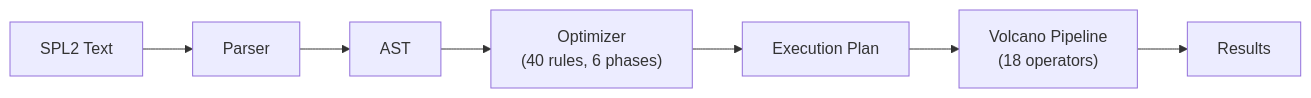
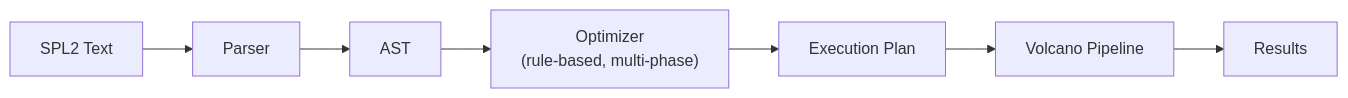
The second of 2 diagrams in docs/site/docs/architecture/overview.md (Penty-d/lynxdb), drawn with Mermaid before and after one commit. The commit also changed other lines of this file, not shown here.

Commit message:
docs: drop stale operator and optimizer rule counts

````diff
--- a/docs/site/docs/architecture/overview.md
+++ b/docs/site/docs/architecture/overview.md
@@ -151,9 +151,9 @@
 ```mermaid
 flowchart LR
     A["SPL2 Text"] --> B["Parser"]
     B --> C["AST"]
-    C --> D["Optimizer<br/>(40 rules, 6 phases)"]
+    C --> D["Optimizer<br/>(rule-based, multi-phase)"]
     D --> E["Execution Plan"]
-    E --> F["Volcano Pipeline<br/>(18 operators)"]
+    E --> F["Volcano Pipeline"]
     F --> G["Results"]
 ```
````
